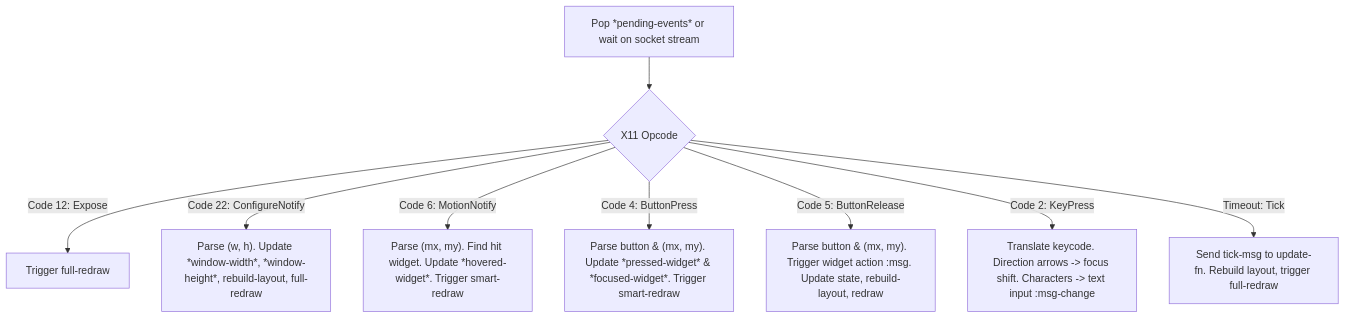
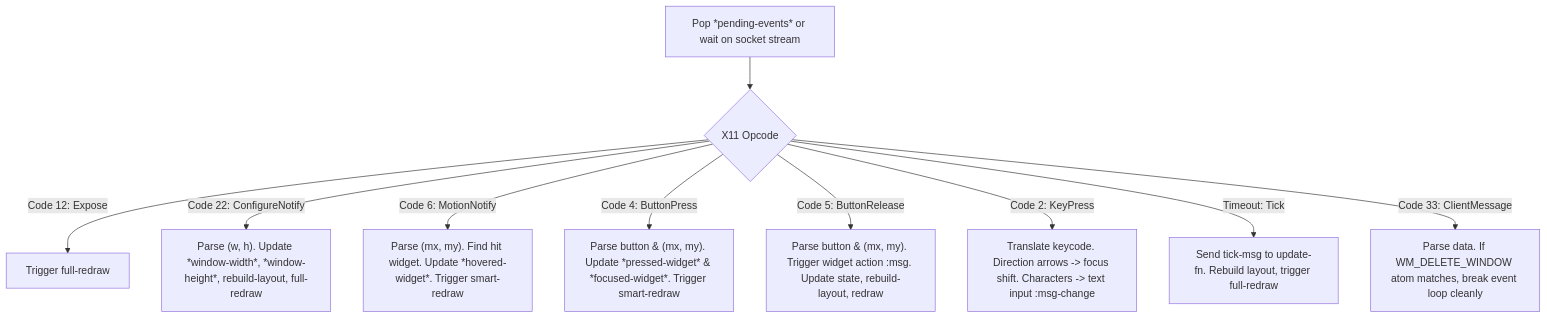
Before and after one commit to plops/cl-cl-generator: the second of 3 diagrams in example/07_pure_x11/doc/05_event_loop.md, drawn with Mermaid. The commit also changed other lines of this file and 9 other files, not shown here.

````diff
--- a/example/07_pure_x11/doc/05_event_loop.md
+++ b/example/07_pure_x11/doc/05_event_loop.md
@@ -62,12 +62,13 @@
 ```mermaid
 flowchart TD
     Start["Pop *pending-events* or wait on socket stream"] --> Dispatch{"X11 Opcode"}
     
     Dispatch -->|Code 12: Expose| Expose["Trigger full-redraw"]
     Dispatch -->|Code 22: ConfigureNotify| Config["Parse (w, h). Update *window-width*, *window-height*, rebuild-layout, full-redraw"]
     Dispatch -->|Code 6: MotionNotify| Motion["Parse (mx, my). Find hit widget. Update *hovered-widget*. Trigger smart-redraw"]
     Dispatch -->|Code 4: ButtonPress| BPress["Parse button & (mx, my). Update *pressed-widget* & *focused-widget*. Trigger smart-redraw"]
     Dispatch -->|Code 5: ButtonRelease| BRelease["Parse button & (mx, my). Trigger widget action :msg. Update state, rebuild-layout, redraw"]
     Dispatch -->|Code 2: KeyPress| KeyPress["Translate keycode. Direction arrows -> focus shift. Characters -> text input :msg-change"]
     Dispatch -->|Timeout: Tick| Tick["Send tick-msg to update-fn. Rebuild layout, trigger full-redraw"]
+    Dispatch -->|Code 33: ClientMessage| ClientMsg["Parse data. If WM_DELETE_WINDOW atom matches, break event loop cleanly"]
 ```
````
